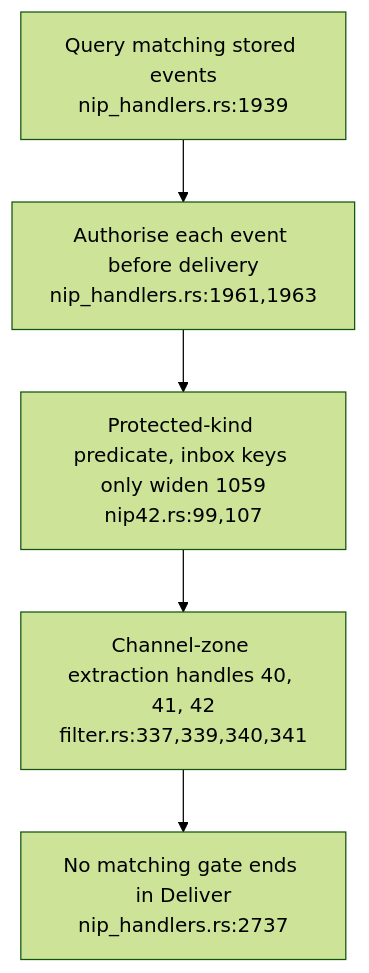
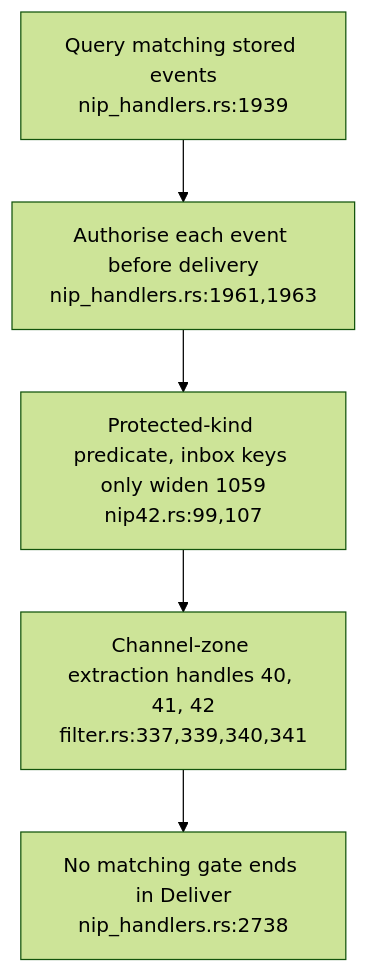
Before and after one commit to DreamLab-AI/VisionFlow: the second of 3 diagrams in docs/diagrams/nostr-rust-forum/13-group-admission-and-replacement.md, drawn with Mermaid (forest theme). The commit also changed other lines of this file and 23 other files, not shown here.

First line of the commit message:
docs(diagrams): pass C nostr-rust-forum area re-verified at de31aaa

````diff
--- a/docs/diagrams/nostr-rust-forum/13-group-admission-and-replacement.md
+++ b/docs/diagrams/nostr-rust-forum/13-group-admission-and-replacement.md
@@ -41,7 +41,7 @@
 ```mermaid
 flowchart TD
     REQ["Query matching stored events<br/>nip_handlers.rs:1939"] --> EACH["Authorise each event before delivery<br/>nip_handlers.rs:1961,1963"]
     EACH --> PROTECTED["Protected-kind predicate, inbox keys only widen 1059<br/>nip42.rs:99,107"]
     PROTECTED --> ZONE["Channel-zone extraction handles 40, 41, 42<br/>filter.rs:337,339,340,341"]
-    ZONE --> DELIVER["No matching gate ends in Deliver<br/>nip_handlers.rs:2737"]
+    ZONE --> DELIVER["No matching gate ends in Deliver<br/>nip_handlers.rs:2738"]
 ```
````
